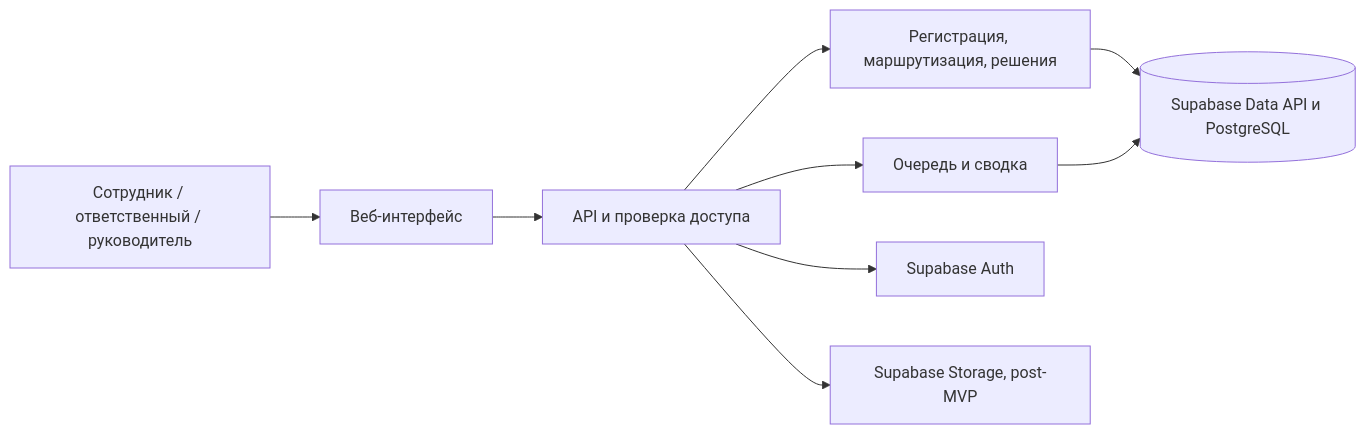
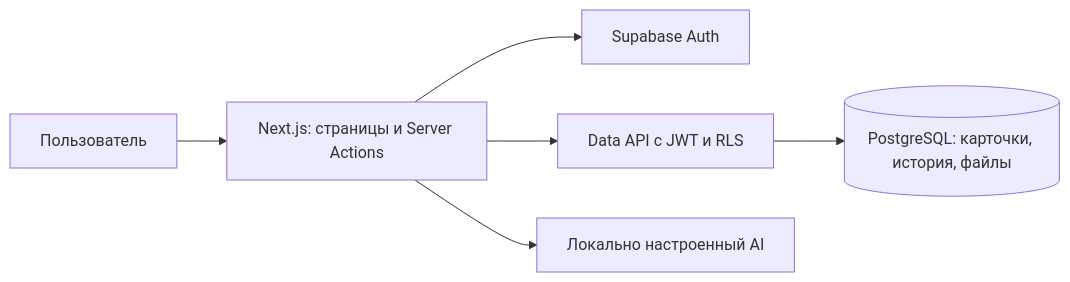
The diagram in docs/02-architecture.md (cByteRun/kinetria-ai), drawn with Mermaid before and after one commit. The commit also changed other lines of this file and 30 other files, not shown here.

````diff
--- a/docs/02-architecture.md
+++ b/docs/02-architecture.md
@@ -7,11 +7,8 @@
 ```mermaid
 flowchart LR
-    U["Сотрудник / ответственный / руководитель"] --> W["Веб-интерфейс"]
-    W --> S["API и проверка доступа"]
-    S --> D["Регистрация, маршрутизация, решения"]
-    S --> Q["Очередь и сводка"]
-    S --> A["Supabase Auth"]
-    D --> P[("Supabase Data API и PostgreSQL")]
-    Q --> P
-    S --> F["Supabase Storage, post-MVP"]
+    U[Пользователь] --> N[Next.js: страницы и Server Actions]
+    N --> A[Supabase Auth]
+    N --> D[Data API с JWT и RLS]
+    D --> P[(PostgreSQL: карточки, история, файлы)]
+    N --> M[Локально настроенный AI]
 ```
````
